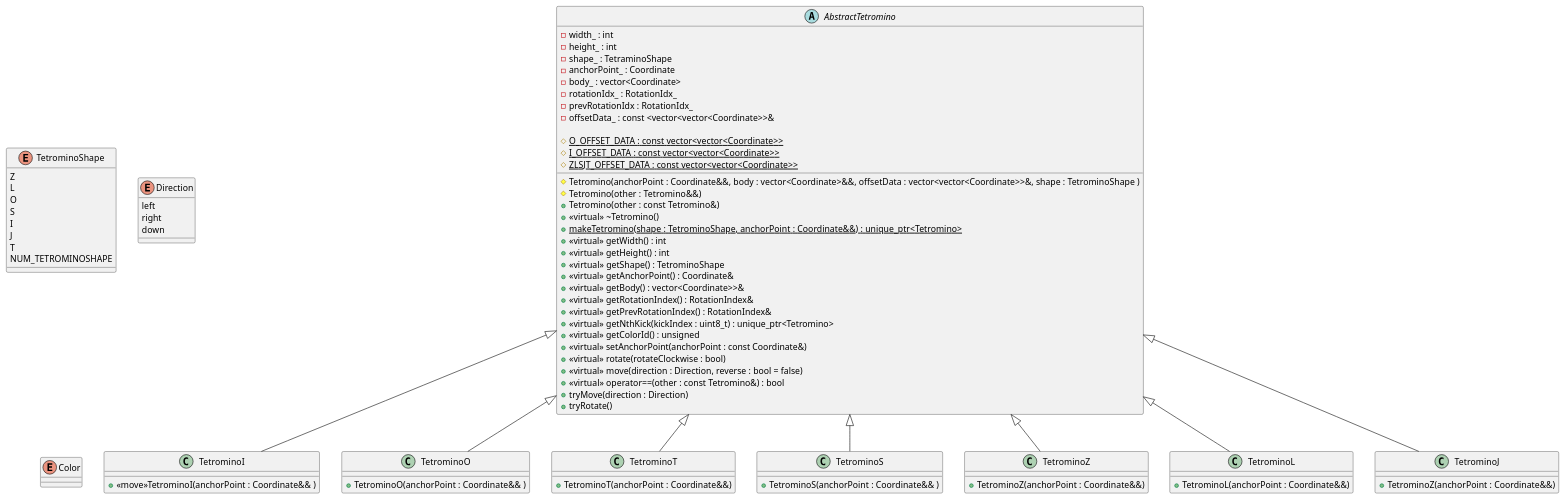
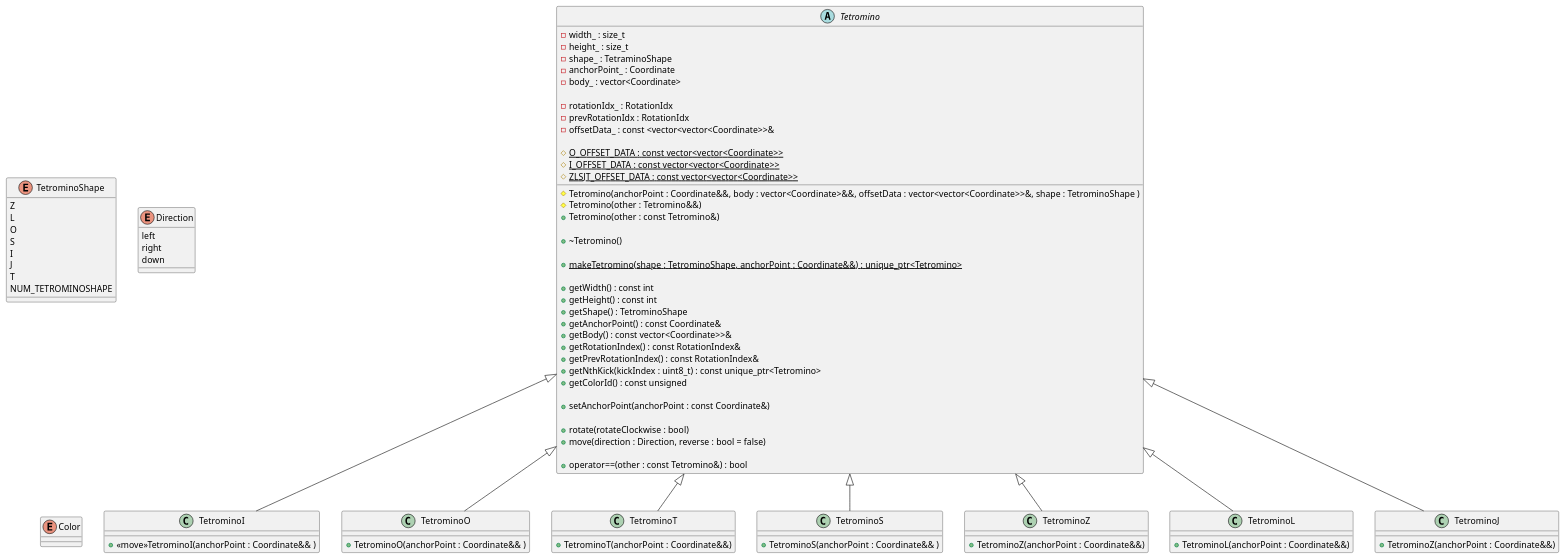
One commit to ulb-info2-group5/Royal-Blocks changed the diagram in SRD-DOC/uml/class/game/Tetrominoes.plantuml. Above: the diagram before and after it, drawn with PlantUML. The commit also changed 7 other files, not shown here.

```diff
--- a/SRD-DOC/uml/class/game/Tetrominoes.plantuml
+++ b/SRD-DOC/uml/class/game/Tetrominoes.plantuml
@@ -1,114 +1,123 @@
 @startuml (id=Tetromino)
 
 ' skinparam class {
-'     BackgroundColor AntiqueWhite
-' }
+    '     BackgroundColor AntiqueWhite
+    '}
 
-'is the Tetromino class still an abstract class ?'
-abstract class AbstractTetromino {
-    - width_ : int
-    - height_ : int
+
+abstract class Tetromino {
+    - width_ : size_t
+    - height_ : size_t
     - shape_ : TetraminoShape
     - anchorPoint_ : Coordinate
     - body_ : vector<Coordinate>
+
     '----SRS----'
-    -rotationIdx_ : RotationIdx_
-    -prevRotationIdx : RotationIdx_
+    -rotationIdx_ : RotationIdx
+    -prevRotationIdx : RotationIdx
     -offsetData_ : const <vector<vector<Coordinate>>&
-    
+
     '----kick data----'
     # {static} O_OFFSET_DATA : const vector<vector<Coordinate>>
     # {static} I_OFFSET_DATA : const vector<vector<Coordinate>>
     # {static} ZLSJT_OFFSET_DATA : const vector<vector<Coordinate>>
+
     '----Constructor----'
     # Tetromino(anchorPoint : Coordinate&&, body : vector<Coordinate>&&, offsetData : vector<vector<Coordinate>>&, shape : TetrominoShape )
-    #Tetromino(other : Tetromino&&)
+    # Tetromino(other : Tetromino&&)
     + Tetromino(other : const Tetromino&)
+
     '----Destructor----'
-    + <<virtual>> ~Tetromino()
+    + ~Tetromino()
+
     '----Factory----'
     + {static} makeTetromino(shape : TetrominoShape, anchorPoint : Coordinate&&) : unique_ptr<Tetromino>
+
     '----Getters----'
-    + <<virtual>> getWidth() : int  
-    + <<virtual>> getHeight() : int
-    + <<virtual>> getShape() : TetrominoShape
-    + <<virtual>> getAnchorPoint() : Coordinate&
-    + <<virtual>> getBody() : vector<Coordinate>>&
-    + <<virtual>> getRotationIndex() : RotationIndex&
-    + <<virtual>> getPrevRotationIndex() : RotationIndex&
-    '+ <<virtual>> getNumOfTests() : uint8_t'
-    + <<virtual>> getNthKick(kickIndex : uint8_t) : unique_ptr<Tetromino>
-    + <<virtual>> getColorId() : unsigned
+    + getWidth() : const int
+    + getHeight() : const int
+    + getShape() : TetrominoShape
+    + getAnchorPoint() : const Coordinate&
+    + getBody() : const vector<Coordinate>>&
+    + getRotationIndex() : const RotationIndex&
+    + getPrevRotationIndex() : const RotationIndex&
+    '+ getNumOfTests() : uint8_t'
+    + getNthKick(kickIndex : uint8_t) : const unique_ptr<Tetromino>
+    + getColorId() : const unsigned
+
     '----Setters----'
-    + <<virtual>> setAnchorPoint(anchorPoint : const Coordinate&)
+    + setAnchorPoint(anchorPoint : const Coordinate&)
+
     '----Action----'
-    + <<virtual>> rotate(rotateClockwise : bool) 
-    + <<virtual>> move(direction : Direction, reverse : bool = false)
-    '----Comparisions----'
-    + <<virtual>> operator==(other : const Tetromino&) : bool
-    '----Output----'
- 
+    + rotate(rotateClockwise : bool)
+    + move(direction : Direction, reverse : bool = false)
 
-
-
-    + tryMove(direction : Direction)
-    + tryRotate()
+    '----Comparisons----'
+    + operator==(other : const Tetromino&) : bool
+    
 }
 
 
 enum TetrominoShape {
-    Z 
+    Z
     L
     O
     S
     I
     J
     T
     NUM_TETROMINOSHAPE
 
 }
 
 enum Direction {
     left
     right
     down
 }
 
 
 enum Color {
 
 }
 
 
-class TetrominoI extends AbstractTetromino { 
+class TetrominoI extends Tetromino {
+
     ' <<move >> is just to clarify that it's a move constructor'
-    +<<move>>TetrominoI(anchorPoint : Coordinate&& ) 
+    +<<move>>TetrominoI(anchorPoint : Coordinate&& )
 }
-class TetrominoO extends AbstractTetromino { 
+class TetrominoO extends Tetromino {
+
     +TetrominoO(anchorPoint : Coordinate&& )
 
 }
-class TetrominoT extends AbstractTetromino { 
+class TetrominoT extends Tetromino {
+
     +TetrominoT(anchorPoint : Coordinate&&)
 }
 
-class TetrominoS extends AbstractTetromino { 
+class TetrominoS extends Tetromino {
+
     +TetrominoS(anchorPoint : Coordinate&& )
 }
 
-class TetrominoZ extends AbstractTetromino { 
+class TetrominoZ extends Tetromino {
+
     +TetrominoZ(anchorPoint : Coordinate&&)
 }
 
-class TetrominoL extends AbstractTetromino { 
+class TetrominoL extends Tetromino {
+
     +TetrominoL(anchorPoint : Coordinate&&)
 }
 
-class TetrominoJ extends AbstractTetromino { 
+class TetrominoJ extends Tetromino {
+
     +TetrominoZ(anchorPoint : Coordinate&&)
 }
 
-' AbstractTetromino.-> TetrominoShape : uses
-' AbstractTetromino .-> Direction : uses
+' Tetromino.-> TetrominoShape : uses
+' Tetromino .-> Direction : uses
 
 @enduml
```
